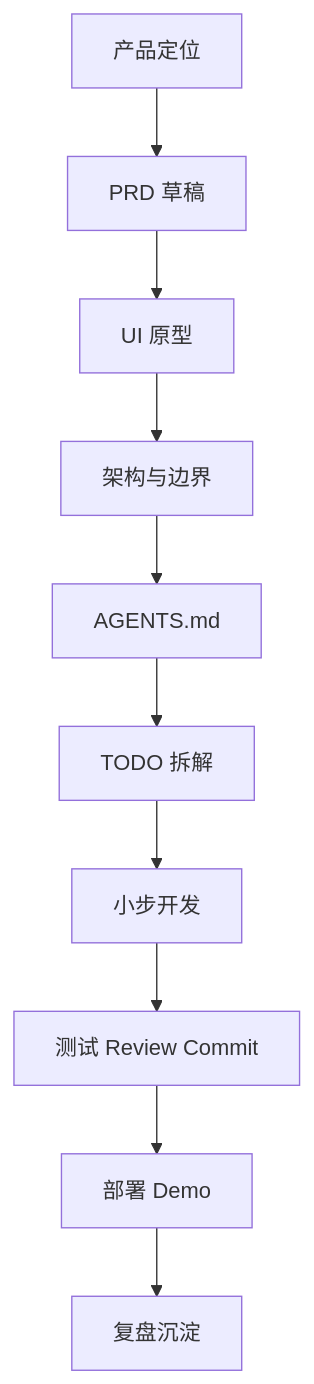
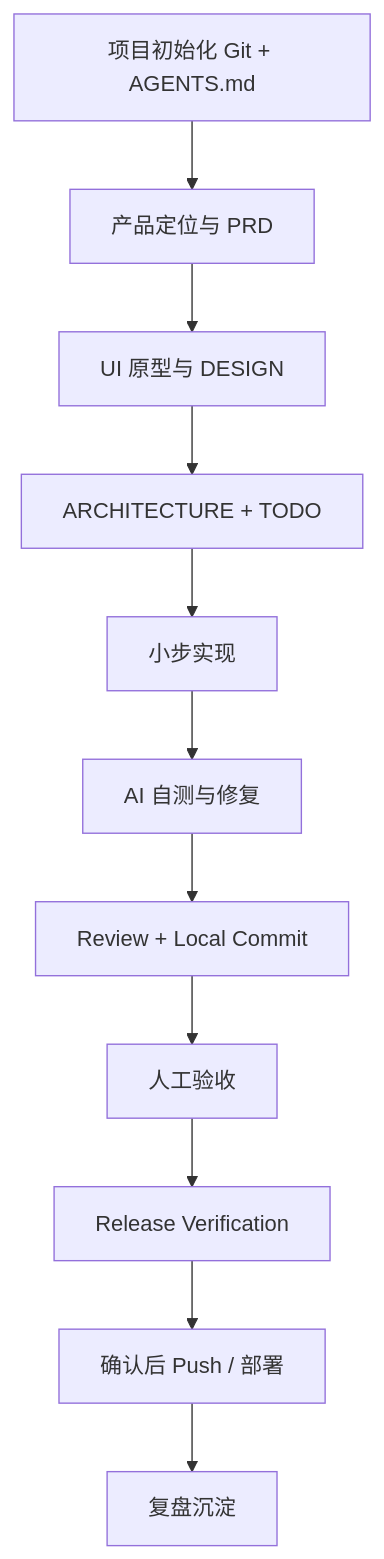
The diagram in README.md (flbsunseeker-art/vibe-coding-playbook), drawn with Mermaid before and after one commit. The commit also changed other lines of this file, not shown here.

````diff
--- a/README.md
+++ b/README.md
@@ -13,12 +13,13 @@
 ```mermaid
 flowchart TD
-    A[产品定位] --> B[PRD 草稿]
-    B --> C[UI 原型]
-    C --> D[架构与边界]
-    D --> E[AGENTS.md]
-    E --> F[TODO 拆解]
-    F --> G[小步开发]
-    G --> H[测试 Review Commit]
-    H --> I[部署 Demo]
-    I --> J[复盘沉淀]
+    A[项目初始化 Git + AGENTS.md] --> B[产品定位与 PRD]
+    B --> C[UI 原型与 DESIGN]
+    C --> D[ARCHITECTURE + TODO]
+    D --> E[小步实现]
+    E --> F[AI 自测与修复]
+    F --> G[Review + Local Commit]
+    G --> H[人工验收]
+    H --> I[Release Verification]
+    I --> J[确认后 Push / 部署]
+    J --> K[复盘沉淀]
 ```
````
